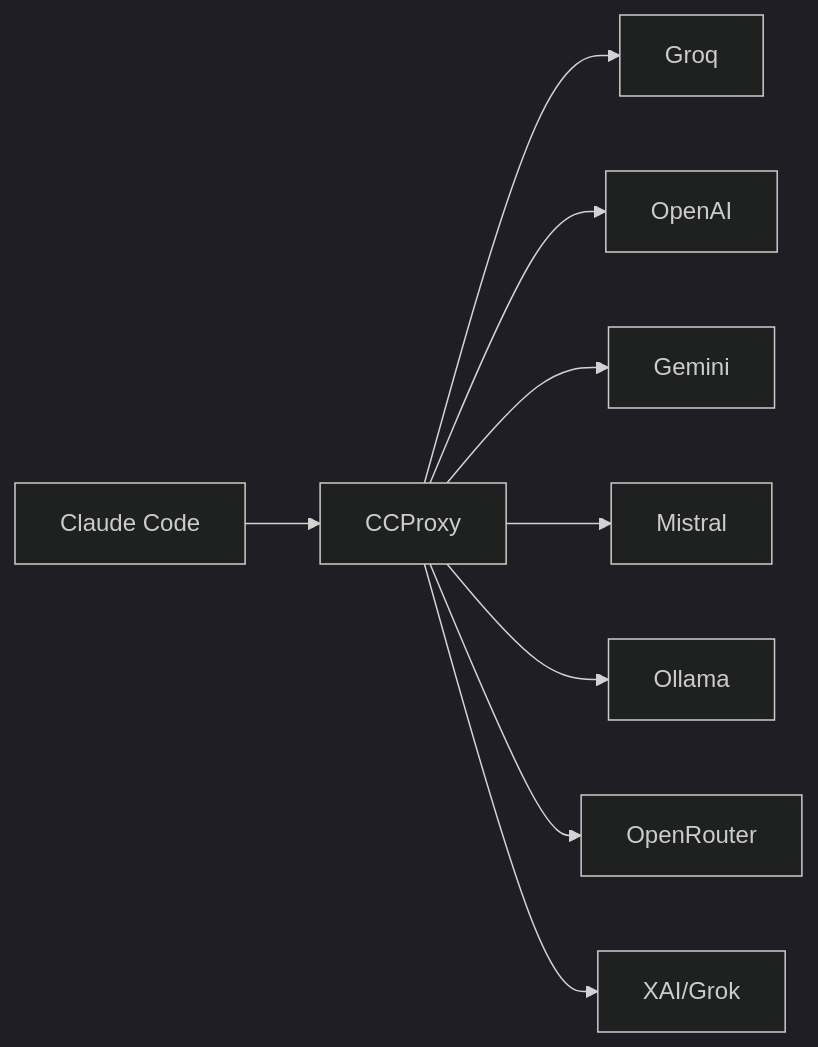
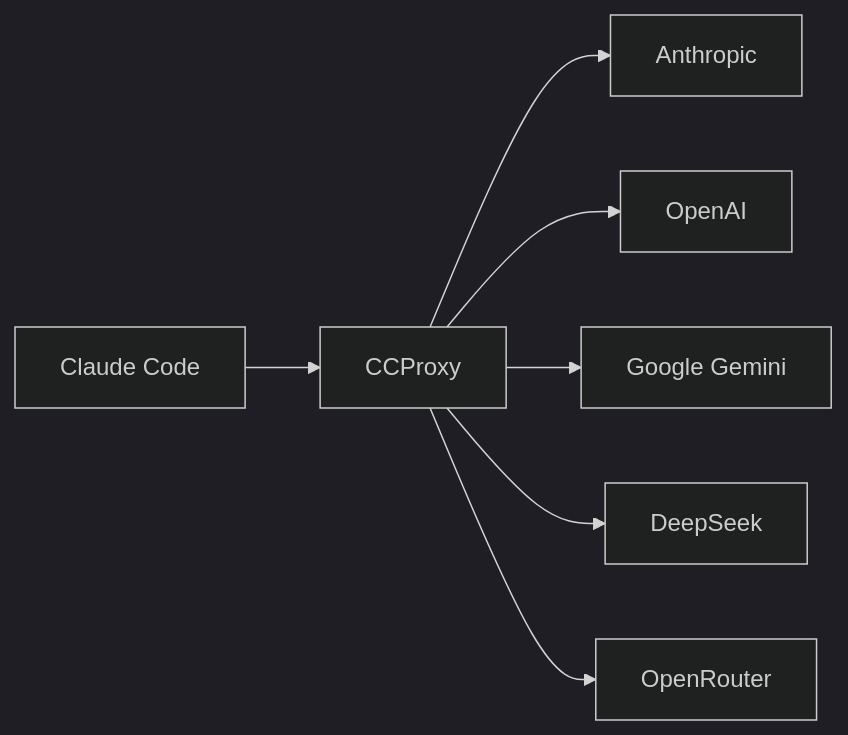
The diagram in docs/guide/index.md (orchestre-dev/ccproxy), drawn with Mermaid (dark theme) before and after one commit. The commit also changed other lines of this file, not shown here.

````diff
--- a/docs/guide/index.md
+++ b/docs/guide/index.md
@@ -11,11 +11,9 @@
 ```mermaid
 graph LR
     A[Claude Code] --> B[CCProxy]
-    B --> C[Groq]
+    B --> C[Anthropic]
     B --> D[OpenAI]
-    B --> E[Gemini]
-    B --> F[Mistral]
-    B --> G[Ollama]
-    B --> H[OpenRouter]
-    B --> I[XAI/Grok]
+    B --> E[Google Gemini]
+    B --> F[DeepSeek]
+    B --> G[OpenRouter]
 ```
````
